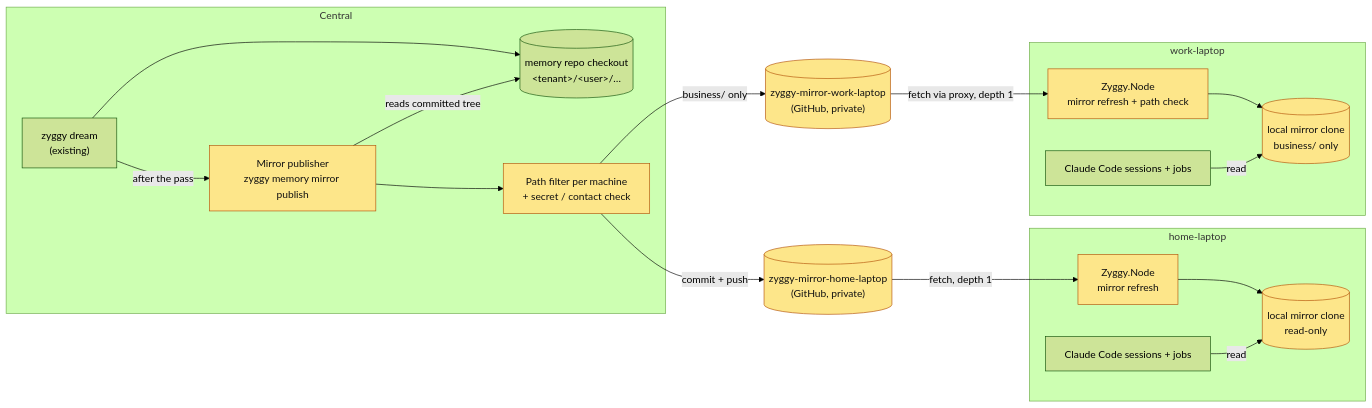
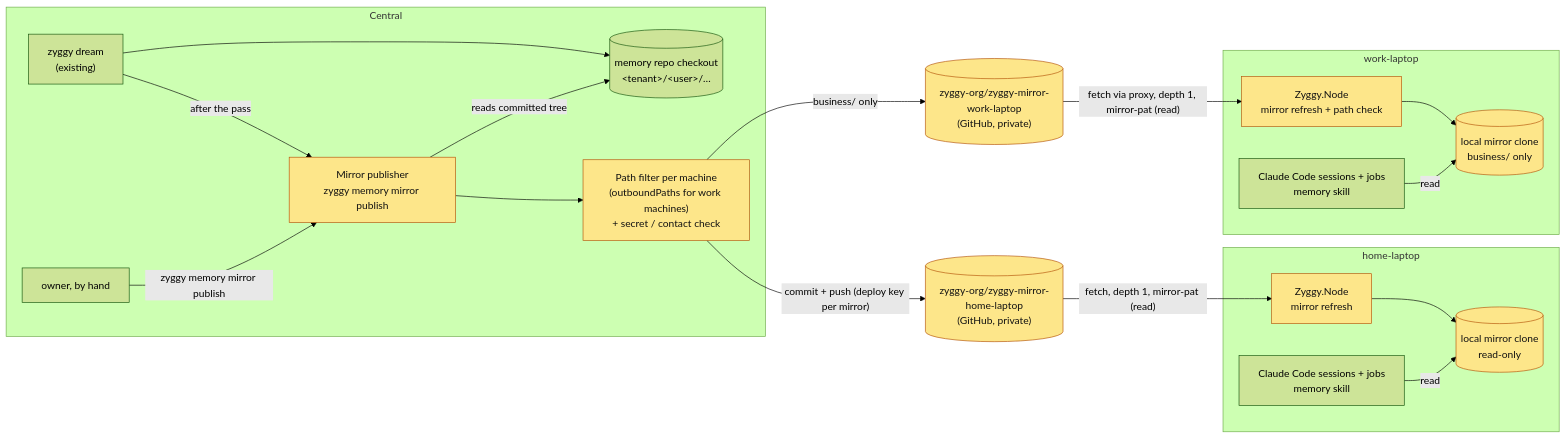
One commit to zyggy-org/zyggy changed the first of 4 diagrams in _specs/47-browsable-memory-laptop.md. Above: the diagram before and after it, drawn with Mermaid (forest theme). The commit also changed other lines of this file and 1 other file, not shown here.

Commit message:
zyggy job 01M7MJKFX5N1D2YQ37G2QFT3YH

````diff
--- a/_specs/47-browsable-memory-laptop.md
+++ b/_specs/47-browsable-memory-laptop.md
@@ -46,25 +47,26 @@
 ```mermaid
 flowchart LR
   subgraph central [Central]
     dream["zyggy dream<br/>(existing)"] --> mem[("memory repo checkout<br/>&lt;tenant&gt;/&lt;user&gt;/…")]
     dream -->|after the pass| pub["Mirror publisher<br/>zyggy memory mirror publish"]
+    owner["owner, by hand"] -->|zyggy memory mirror publish| pub
     pub -->|reads committed tree| mem
-    pub --> filt["Path filter per machine<br/>+ secret / contact check"]
+    pub --> filt["Path filter per machine<br/>(outboundPaths for work machines)<br/>+ secret / contact check"]
   end
-  mrH[("zyggy-mirror-home-laptop<br/>(GitHub, private)")]
-  mrW[("zyggy-mirror-work-laptop<br/>(GitHub, private)")]
-  filt -->|commit + push| mrH
+  mrH[("zyggy-org/zyggy-mirror-home-laptop<br/>(GitHub, private)")]
+  mrW[("zyggy-org/zyggy-mirror-work-laptop<br/>(GitHub, private)")]
+  filt -->|"commit + push (deploy key per mirror)"| mrH
   filt -->|"business/ only"| mrW
   subgraph home [home-laptop]
     nH["Zyggy.Node<br/>mirror refresh"] --> cH[("local mirror clone<br/>read-only")]
-    sH["Claude Code sessions + jobs"] -->|read| cH
+    sH["Claude Code sessions + jobs<br/>memory skill"] -->|read| cH
   end
   subgraph work [work-laptop]
     nW["Zyggy.Node<br/>mirror refresh + path check"] --> cW[("local mirror clone<br/>business/ only")]
-    sW["Claude Code sessions + jobs"] -->|read| cW
+    sW["Claude Code sessions + jobs<br/>memory skill"] -->|read| cW
   end
-  mrH -->|fetch, depth 1| nH
-  mrW -->|"fetch via proxy, depth 1"| nW
+  mrH -->|"fetch, depth 1, mirror-pat (read)"| nH
+  mrW -->|"fetch via proxy, depth 1, mirror-pat (read)"| nW
   classDef new fill:#fde68a,stroke:#b45309,color:#111;
   class pub,filt,mrH,mrW,nH,cH,nW,cW new;
 ```
````
